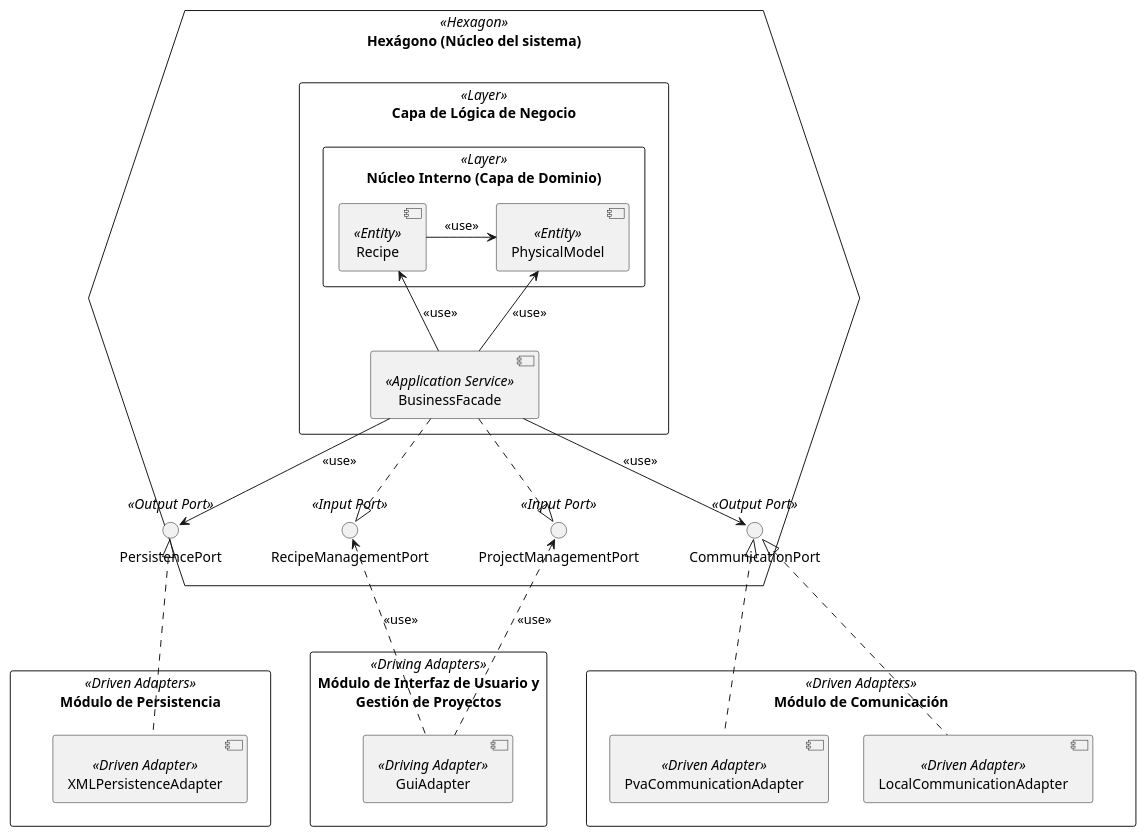
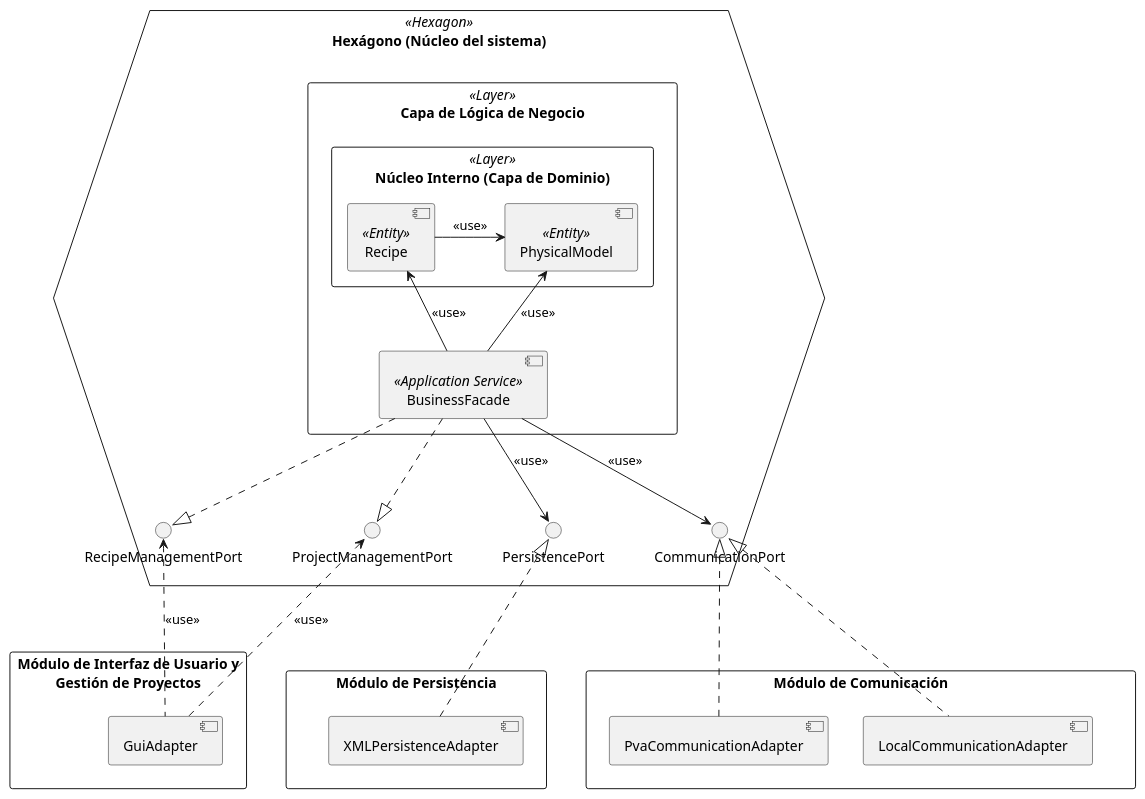
The diagram in arquitectura.puml (Dandrvms/diagramas-y-referencias), drawn with PlantUML before and after one commit.

Commit message:
fix architecture diagram

```diff
--- a/arquitectura.puml
+++ b/arquitectura.puml
@@ -1,86 +1,86 @@
 @startuml
 skinparam componentStyle uml2
 skinparam packageStyle rectangle
 skinparam shadowing false
 
 
 ' Forzar dirección vertical (por defecto en PlantUML)
 top to bottom direction
 
 <style>
 hexagon {
   MinimumWidth 800
   HorizontalAlignment center
 }
 </style>
 
 ' ===== ADAPTADORES PRIMARIOS =====
-package "Módulo de Interfaz de Usuario y\nGestión de Proyectos" <<Driving Adapters>> as UIM {
-  component "GuiAdapter" as Gui <<Driving Adapter>>
+package "Módulo de Interfaz de Usuario y\nGestión de Proyectos" as UIM {
+  component "GuiAdapter" as Gui
 }
 
 ' ===== HEXÁGONO =====
 hexagon "Hexágono (Núcleo del sistema)" <<Hexagon>> as HEX {
 
   package "Capa de Lógica de Negocio" <<Layer>> as BL {
 
     ' Núcleo interno colocado primero para asegurar que quede arriba
     package "Núcleo Interno (Capa de Dominio)" <<Layer>> as INNER {
       component "Recipe" as Recipe <<Entity>>
       component "PhysicalModel" as Model <<Entity>>
     }
 
     component "BusinessFacade" as Facade <<Application Service>>
   }
 
-  interface "ProjectManagementPort" as ProjPort <<Input Port>>
-  interface "RecipeManagementPort" as RecipePort <<Input Port>>
-  interface "PersistencePort" as PersPort <<Output Port>>
-  interface "CommunicationPort" as CommPort <<Output Port>>
+  interface "ProjectManagementPort" as ProjPort
+  interface "RecipeManagementPort" as RecipePort
+  interface "PersistencePort" as PersPort
+  interface "CommunicationPort" as CommPort
 }
 
 ' ===== ADAPTADORES SECUNDARIOS =====
-package "Módulo de Persistencia" <<Driven Adapters>> as PM {
-  component "XMLPersistenceAdapter" as Xml <<Driven Adapter>>
+package "Módulo de Persistencia" as PM {
+  component "XMLPersistenceAdapter" as Xml
 }
 
-package "Módulo de Comunicación" <<Driven Adapters>> as CM {
-  component "LocalCommunicationAdapter" as Loc <<Driven Adapter>>
-  component "PvaCommunicationAdapter" as Pva <<Driven Adapter>>
+package "Módulo de Comunicación" as CM {
+  component "LocalCommunicationAdapter" as Loc
+  component "PvaCommunicationAdapter" as Pva
 }
 
 ' --- Relaciones y Posicionamiento Vertical ---
 
 ' Entidades arriba de la Fachada
 Facade -up-> Recipe : <<use>>
 Facade -up-> Model  : <<use>>
 Recipe -right-> Model : <<use>>
 
 ' Puertos debajo de la Fachada (Fachada provee los de entrada)
 Facade -down.|> ProjPort
 Facade -down.|> RecipePort
 
 ' Puertos de salida debajo de la Fachada (Fachada los usa)
 Facade -down-> PersPort : <<use>>
 Facade -down-> CommPort : <<use>>
 
 ' Adaptadores debajo de los puertos
 Gui .up.> ProjPort   : <<use>>
 Gui .up.> RecipePort : <<use>>
 
-Xml .up.|> PersPort
+Xml .down.|> PersPort
 Loc .up.|> CommPort
 Pva .up.|> CommPort
 
 ' --- Trucos de Layout (Hidden Links) ---
 
 ' Distribuir los tres adaptadores en los tres lados inferiores (izquierda a derecha)
 UIM -[hidden]right-> PM
 PM -[hidden]right-> CM
 
 HEX -[hidden]- CM
 
 ' Asegurar que el paquete del núcleo interno quede estrictamente arriba de la fachada
 'INNER -[hidden]down-> Facade
 
 @enduml
```
